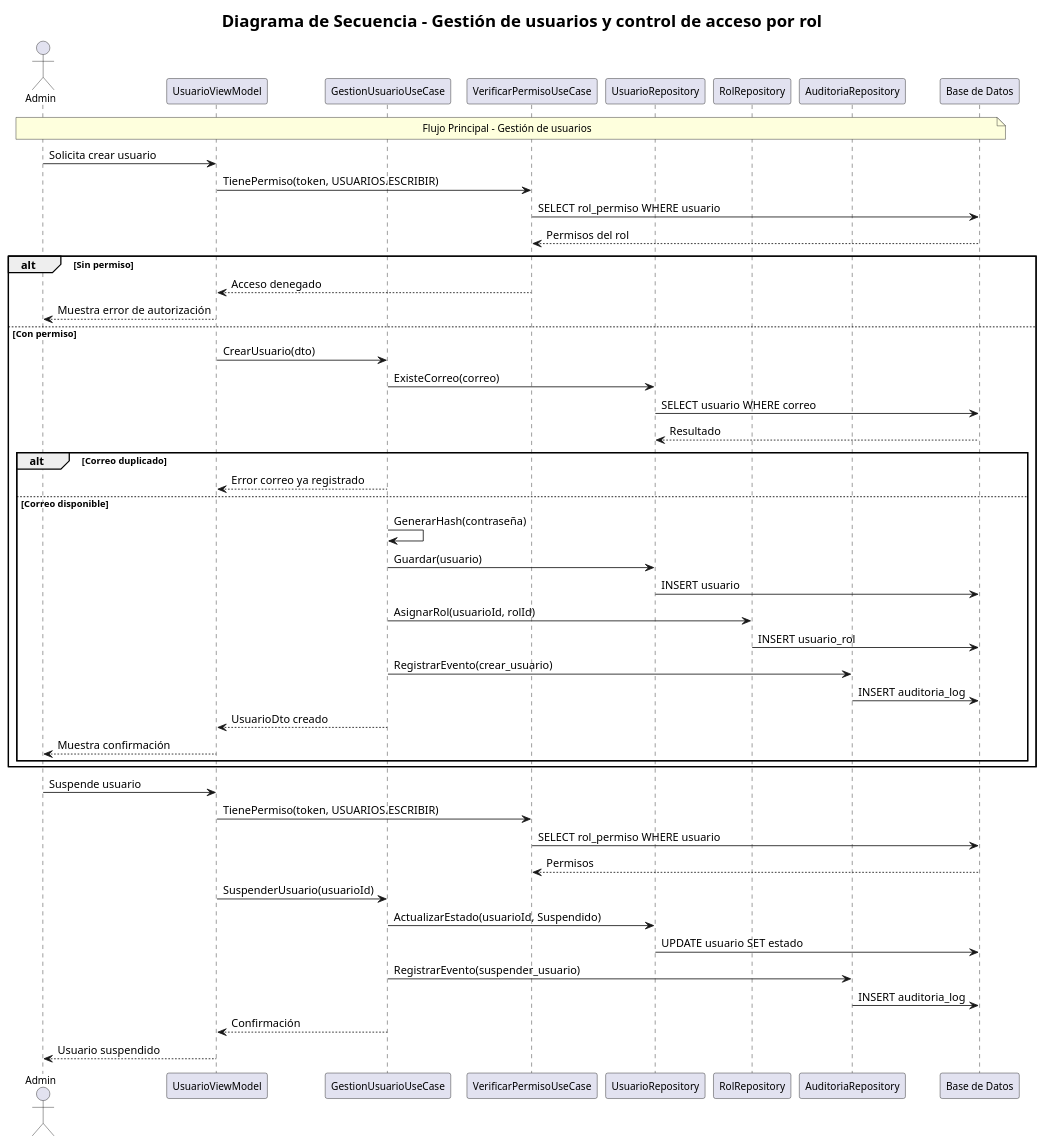
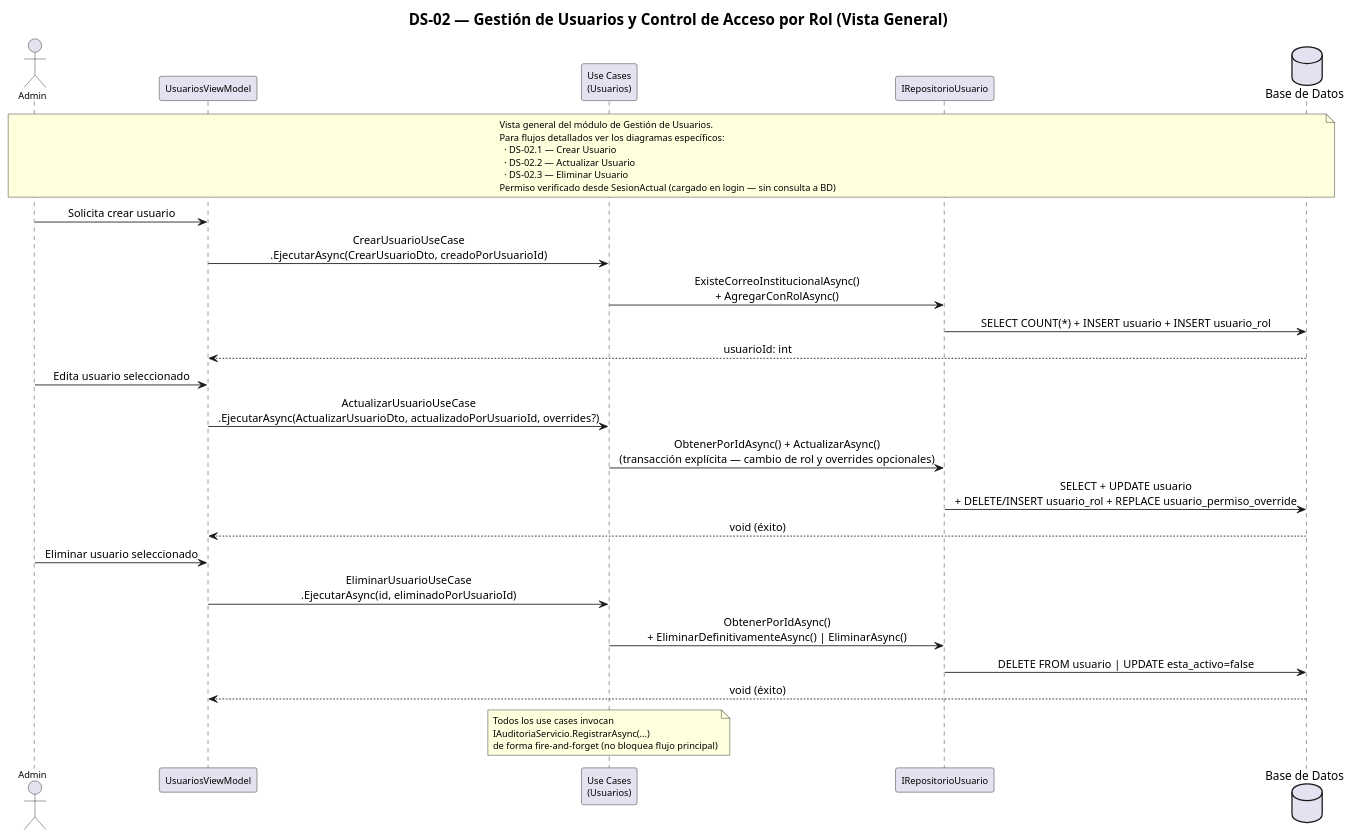
Before and after one commit to Miguels5847/SistemaAranceles: the diagram in src/Application/UseCases/Diagramas de Secuencia/Diagrama-Secuencia-2-Gestión de usuarios y control de acceso por rol.puml, drawn with PlantUML. The commit also changed 43 other files, not shown here.

Commit message:
Cambios y mejoras en Diagramas

```diff
--- a/src/Application/UseCases/Diagramas de Secuencia/Diagrama-Secuencia-2-Gestión de usuarios y control de acceso por rol.puml
+++ b/src/Application/UseCases/Diagramas de Secuencia/Diagrama-Secuencia-2-Gestión de usuarios y control de acceso por rol.puml
@@ -1,75 +1,62 @@
-@startuml
-title <b><size:20>Diagrama de Secuencia - Gestión de usuarios y control de acceso por rol</size></b>
+@startuml DS-02-Gestion-Usuarios-Vista-General
+title <b><size:18>DS-02 — Gestión de Usuarios y Control de Acceso por Rol (Vista General)</size></b>
 
 skinparam participant {
-    FontSize 12
+    FontSize 11
     FontStyle normal
 }
 skinparam actor {
-    FontSize 12
-    FontStyle normal
+    FontSize 11
 }
 skinparam note {
-    FontSize 12
+    FontSize 11
 }
+skinparam sequenceMessageAlign center
+skinparam sequenceBoxBackgroundColor #F8F8F8
+skinparam sequenceBoxBorderColor #AAAAAA
 
 actor "Admin"
-participant "UsuarioViewModel"
-participant "GestionUsuarioUseCase"
-participant "VerificarPermisoUseCase"
-participant "UsuarioRepository"
-participant "RolRepository"
-participant "AuditoriaRepository"
-participant "Base de Datos"
+participant "UsuariosViewModel"
+participant "Use Cases\n(Usuarios)"
+participant "IRepositorioUsuario"
+database "Base de Datos" as db
 
-note over "Admin","Base de Datos"
-Flujo Principal - Gestión de usuarios
+note over "Admin","db"
+Vista general del módulo de Gestión de Usuarios.
+Para flujos detallados ver los diagramas específicos:
+  · DS-02.1 — Crear Usuario
+  · DS-02.2 — Actualizar Usuario
+  · DS-02.3 — Eliminar Usuario
+Permiso verificado desde SesionActual (cargado en login — sin consulta a BD)
 end note
 
-"Admin" -> "UsuarioViewModel": Solicita crear usuario
-"UsuarioViewModel" -> "VerificarPermisoUseCase": TienePermiso(token, USUARIOS.ESCRIBIR)
-"VerificarPermisoUseCase" -> "Base de Datos": SELECT rol_permiso WHERE usuario
-"Base de Datos" --> "VerificarPermisoUseCase": Permisos del rol
+box "DS-02.1 — Crear Usuario" #EFF6FF
+    "Admin" -> "UsuariosViewModel" : Solicita crear usuario
+    "UsuariosViewModel" -> "Use Cases\n(Usuarios)" : CrearUsuarioUseCase\n.EjecutarAsync(CrearUsuarioDto, creadoPorUsuarioId)
+    "Use Cases\n(Usuarios)" -> "IRepositorioUsuario" : ExisteCorreoInstitucionalAsync()\n+ AgregarConRolAsync()
+    "IRepositorioUsuario" -> "db" : SELECT COUNT(*) + INSERT usuario + INSERT usuario_rol
+    "db" --> "UsuariosViewModel" : usuarioId: int
+end box
 
-alt Sin permiso
-    "VerificarPermisoUseCase" --> "UsuarioViewModel": Acceso denegado
-    "UsuarioViewModel" --> "Admin": Muestra error de autorización
-else Con permiso
-    "UsuarioViewModel" -> "GestionUsuarioUseCase": CrearUsuario(dto)
-    "GestionUsuarioUseCase" -> "UsuarioRepository": ExisteCorreo(correo)
-    "UsuarioRepository" -> "Base de Datos": SELECT usuario WHERE correo
-    "Base de Datos" --> "UsuarioRepository": Resultado
+box "DS-02.2 — Actualizar Usuario" #F0FDF4
+    "Admin" -> "UsuariosViewModel" : Edita usuario seleccionado
+    "UsuariosViewModel" -> "Use Cases\n(Usuarios)" : ActualizarUsuarioUseCase\n.EjecutarAsync(ActualizarUsuarioDto, actualizadoPorUsuarioId, overrides?)
+    "Use Cases\n(Usuarios)" -> "IRepositorioUsuario" : ObtenerPorIdAsync() + ActualizarAsync()\n(transacción explícita — cambio de rol y overrides opcionales)
+    "IRepositorioUsuario" -> "db" : SELECT + UPDATE usuario\n+ DELETE/INSERT usuario_rol + REPLACE usuario_permiso_override
+    "db" --> "UsuariosViewModel" : void (éxito)
+end box
 
-    alt Correo duplicado
-        "GestionUsuarioUseCase" --> "UsuarioViewModel": Error correo ya registrado
-    else Correo disponible
-        "GestionUsuarioUseCase" -> "GestionUsuarioUseCase": GenerarHash(contraseña)
-        "GestionUsuarioUseCase" -> "UsuarioRepository": Guardar(usuario)
-        "UsuarioRepository" -> "Base de Datos": INSERT usuario
+box "DS-02.3 — Eliminar Usuario" #FFF7ED
+    "Admin" -> "UsuariosViewModel" : Eliminar usuario seleccionado
+    "UsuariosViewModel" -> "Use Cases\n(Usuarios)" : EliminarUsuarioUseCase\n.EjecutarAsync(id, eliminadoPorUsuarioId)
+    "Use Cases\n(Usuarios)" -> "IRepositorioUsuario" : ObtenerPorIdAsync()\n+ EliminarDefinitivamenteAsync() | EliminarAsync()
+    "IRepositorioUsuario" -> "db" : DELETE FROM usuario | UPDATE esta_activo=false
+    "db" --> "UsuariosViewModel" : void (éxito)
+end box
 
-        "GestionUsuarioUseCase" -> "RolRepository": AsignarRol(usuarioId, rolId)
-        "RolRepository" -> "Base de Datos": INSERT usuario_rol
-
-        "GestionUsuarioUseCase" -> "AuditoriaRepository": RegistrarEvento(crear_usuario)
-        "AuditoriaRepository" -> "Base de Datos": INSERT auditoria_log
-
-        "GestionUsuarioUseCase" --> "UsuarioViewModel": UsuarioDto creado
-        "UsuarioViewModel" --> "Admin": Muestra confirmación
-    end
-end
-
-"Admin" -> "UsuarioViewModel": Suspende usuario
-"UsuarioViewModel" -> "VerificarPermisoUseCase": TienePermiso(token, USUARIOS.ESCRIBIR)
-"VerificarPermisoUseCase" -> "Base de Datos": SELECT rol_permiso WHERE usuario
-"Base de Datos" --> "VerificarPermisoUseCase": Permisos
-
-"UsuarioViewModel" -> "GestionUsuarioUseCase": SuspenderUsuario(usuarioId)
-"GestionUsuarioUseCase" -> "UsuarioRepository": ActualizarEstado(usuarioId, Suspendido)
-"UsuarioRepository" -> "Base de Datos": UPDATE usuario SET estado
-
-"GestionUsuarioUseCase" -> "AuditoriaRepository": RegistrarEvento(suspender_usuario)
-"AuditoriaRepository" -> "Base de Datos": INSERT auditoria_log
-
-"GestionUsuarioUseCase" --> "UsuarioViewModel": Confirmación
-"UsuarioViewModel" --> "Admin": Usuario suspendido
+note over "Use Cases\n(Usuarios)"
+    Todos los use cases invocan
+    IAuditoriaServicio.RegistrarAsync(...)
+    de forma fire-and-forget (no bloquea flujo principal)
+end note
 @enduml
```
